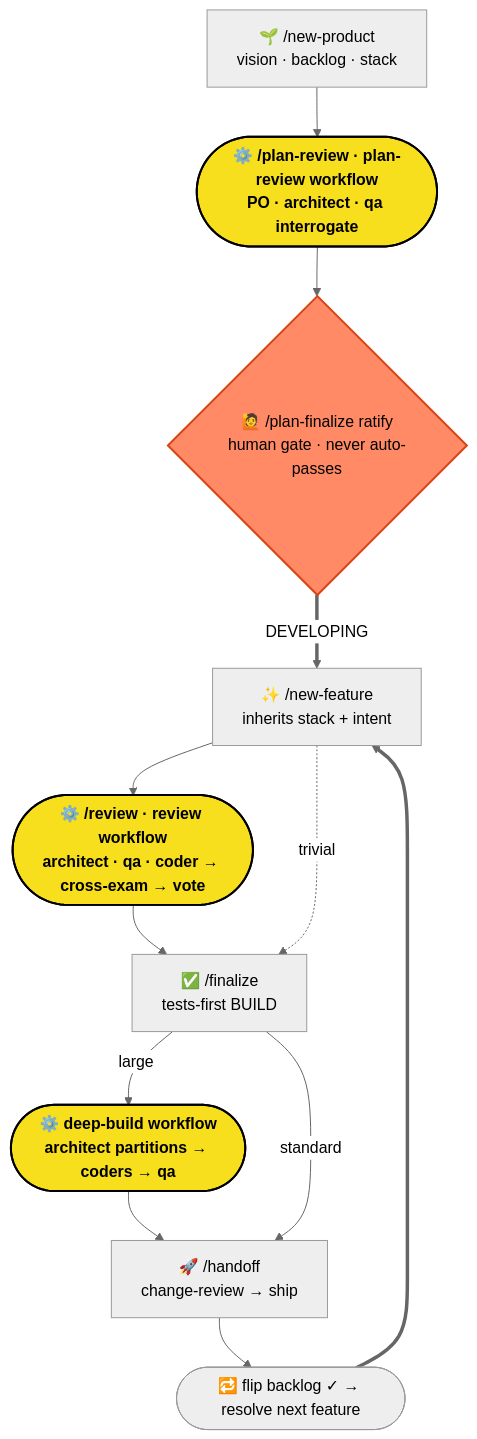
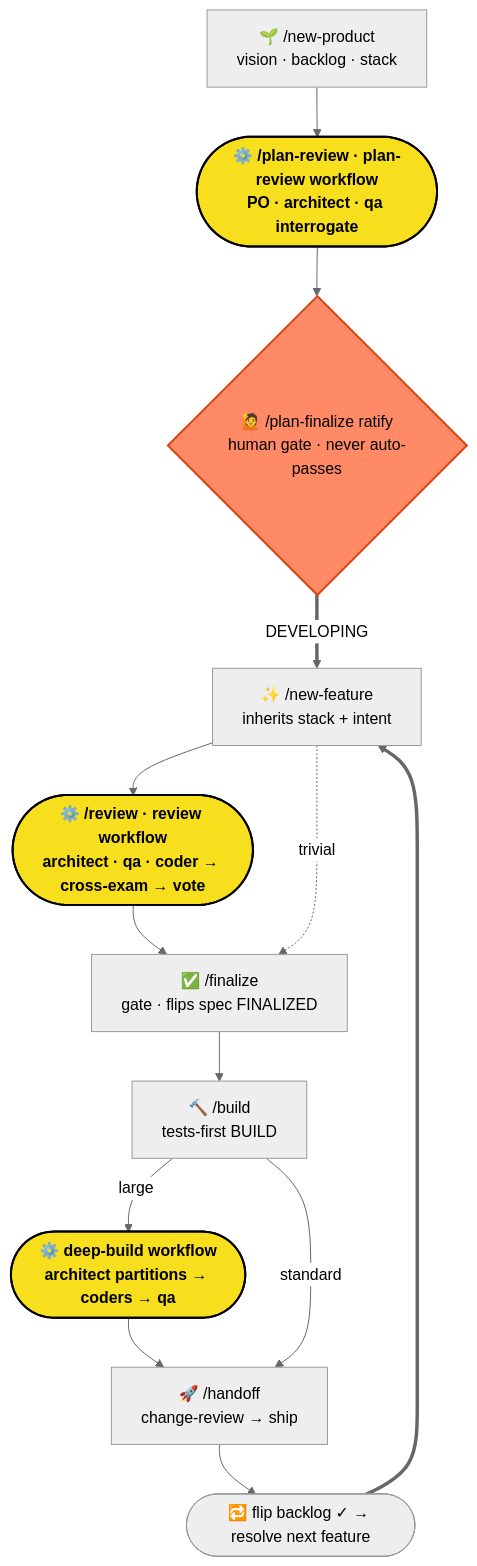
One commit to rocar/build-fleet changed the second of 4 diagrams in README.md. Above: the diagram before and after it, drawn with Mermaid (neutral theme). The commit also changed other lines of this file and 30 other files, not shown here.

First line of the commit message:
feat(commands): safety frontmatter, honest refuse contract, finalize/build split, park + resolve-escalation, scripted splices (§3.22-29)

````diff
--- a/README.md
+++ b/README.md
@@ -75,25 +75,27 @@
 ```mermaid
 flowchart TD
     NP["🌱 /new-product<br/>vision · backlog · stack"]
     PR(["⚙️ /plan-review · plan-review workflow<br/>PO · architect · qa interrogate"])
     PF{"🙋 /plan-finalize ratify<br/>human gate · never auto-passes"}
     NF["✨ /new-feature<br/>inherits stack + intent"]
     RV(["⚙️ /review · review workflow<br/>architect · qa · coder → cross-exam → vote"])
-    FZ["✅ /finalize<br/>tests-first BUILD"]
+    FZ["✅ /finalize<br/>gate · flips spec FINALIZED"]
+    BD["🔨 /build<br/>tests-first BUILD"]
     DB(["⚙️ deep-build workflow<br/>architect partitions → coders → qa"])
     HO["🚀 /handoff<br/>change-review → ship"]
     LOOP(["🔁 flip backlog ✓ → resolve next feature"])
 
     NP --> PR --> PF
     PF ==>|DEVELOPING| NF
     NF --> RV --> FZ
     NF -.->|trivial| FZ
-    FZ -->|large| DB --> HO
-    FZ -->|standard| HO
+    FZ --> BD
+    BD -->|large| DB --> HO
+    BD -->|standard| HO
     HO --> LOOP ==> NF
 
     classDef js fill:#f7df1e,color:#000,stroke:#000,stroke-width:2px,font-weight:bold;
     classDef gate fill:#ff8a65,color:#000,stroke:#d84315,stroke-width:2px;
     class PR,RV,DB js;
     class PF gate;
 ```
````
